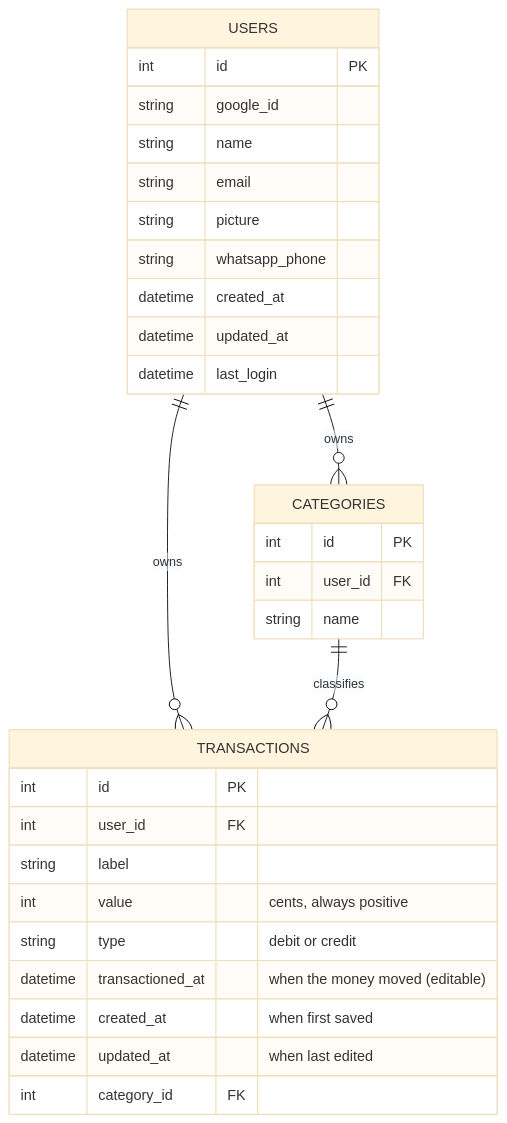
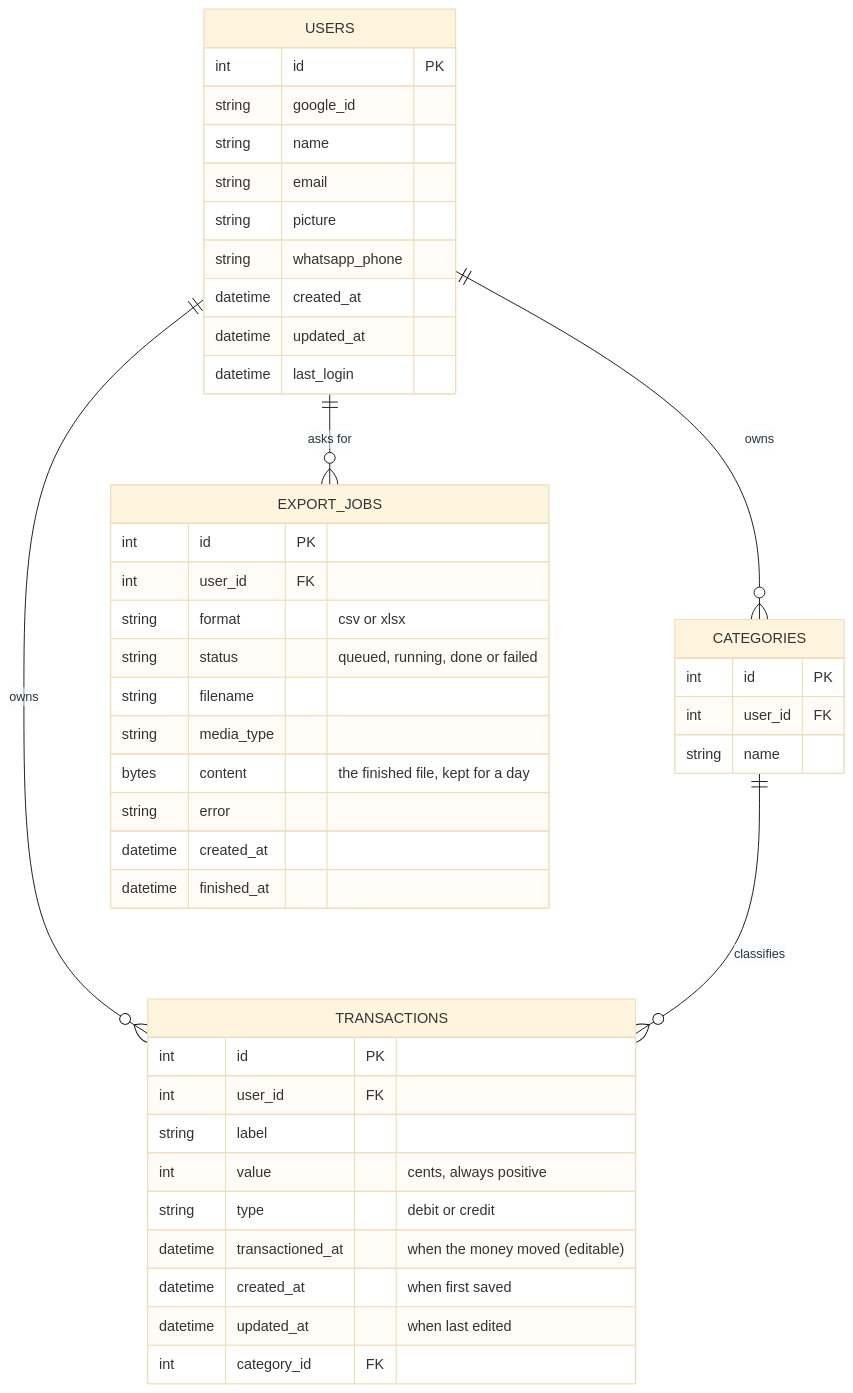
One commit to lucabattesini/money-budget changed the second of 4 diagrams in docs/SYSTEM_DESIGN.md. Above: the diagram before and after it, drawn with Mermaid (base theme). The commit also changed other lines of this file, not shown here.

Commit message:
MB-0010 docs: describe export jobs, the toasts and the new table

````diff
--- a/docs/SYSTEM_DESIGN.md
+++ b/docs/SYSTEM_DESIGN.md
@@ -166,34 +168,48 @@
 ```mermaid
 erDiagram
     USERS {
         int id PK
         string google_id
         string name
         string email
         string picture
         string whatsapp_phone
         datetime created_at
         datetime updated_at
         datetime last_login
     }
     CATEGORIES {
         int id PK
         int user_id FK
         string name
     }
     TRANSACTIONS {
         int id PK
         int user_id FK
         string label
         int value "cents, always positive"
         string type "debit or credit"
         datetime transactioned_at "when the money moved (editable)"
         datetime created_at "when first saved"
         datetime updated_at "when last edited"
         int category_id FK
     }
 
+    EXPORT_JOBS {
+        int id PK
+        int user_id FK
+        string format "csv or xlsx"
+        string status "queued, running, done or failed"
+        string filename
+        string media_type
+        bytes content "the finished file, kept for a day"
+        string error
+        datetime created_at
+        datetime finished_at
+    }
+
+    USERS ||--o{ EXPORT_JOBS : "asks for"
     USERS ||--o{ TRANSACTIONS : "owns"
     USERS ||--o{ CATEGORIES : "owns"
     CATEGORIES ||--o{ TRANSACTIONS : "classifies"
 ```
````
